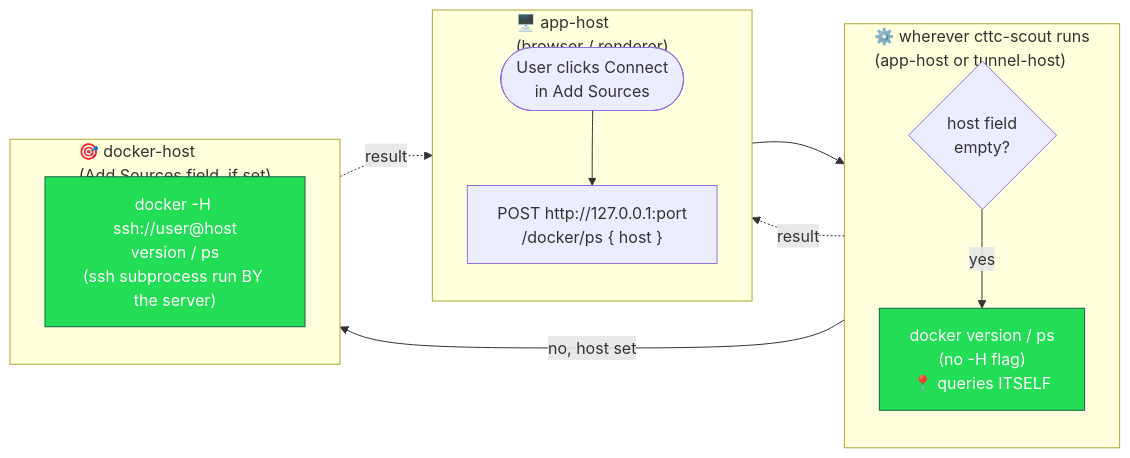
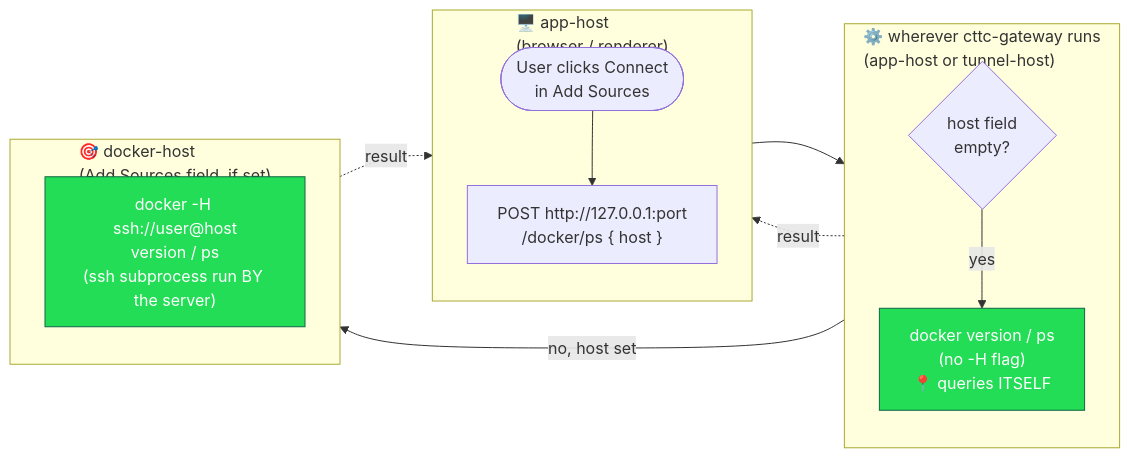
The first of 2 diagrams in docs/architecture/docker-target-resolution.md (oliben67/cut-to-the-chase), drawn with Mermaid before and after one commit. The commit also changed other lines of this file and 7 other files, not shown here.

First line of the commit message:
chore: rename cttc-scout to cttc-gateway

````diff
--- a/docs/architecture/docker-target-resolution.md
+++ b/docs/architecture/docker-target-resolution.md
@@ -26,27 +26,27 @@
 ```mermaid
 flowchart LR
     subgraph L1["🖥️ app-host<br/>(browser / renderer)"]
         direction TB
         S1(["User clicks Connect<br/>in Add Sources"]) --> S2["POST http://127.0.0.1:port<br/>/docker/ps { host }"]
     end
 
-    subgraph L2["⚙️ wherever cttc-scout runs<br/>(app-host or tunnel-host)"]
+    subgraph L2["⚙️ wherever cttc-gateway runs<br/>(app-host or tunnel-host)"]
         direction TB
         S3{"host field<br/>empty?"}
         S4["docker version / ps<br/>(no -H flag)<br/>📍 queries ITSELF"]
         S3 -- "yes" --> S4
     end
 
     subgraph L3["🎯 docker-host<br/>(Add Sources field, if set)"]
         direction TB
         S5["docker -H ssh://user@host<br/>version / ps<br/>(ssh subprocess run BY the server)"]
     end
 
     S2 --> S3
     S3 -- "no, host set" --> S5
     S4 -. result .-> S2
     S5 -. result .-> S2
 
     classDef here fill:#2d5,stroke:#164,color:#fff
     class S4,S5 here
 ```
````
